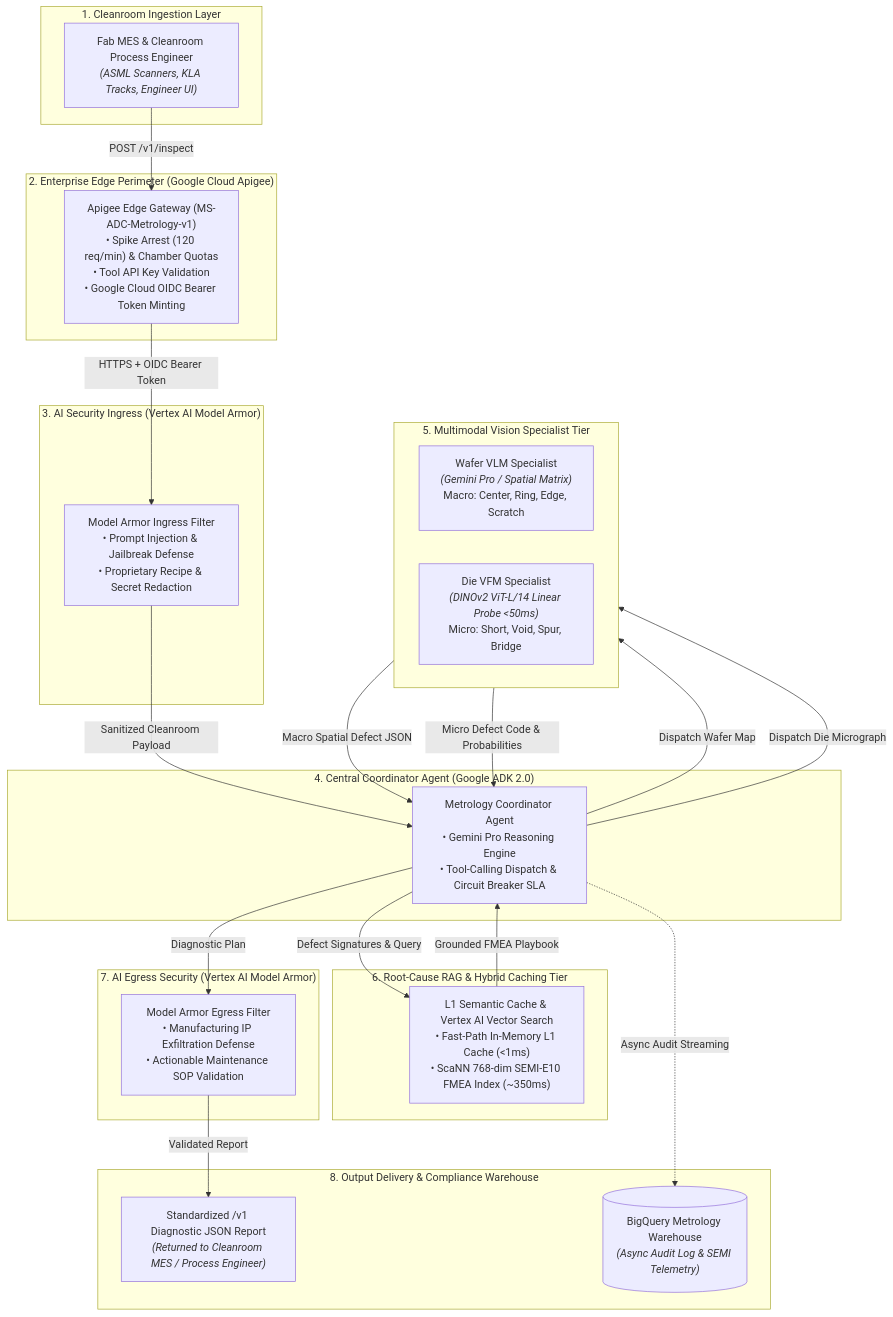
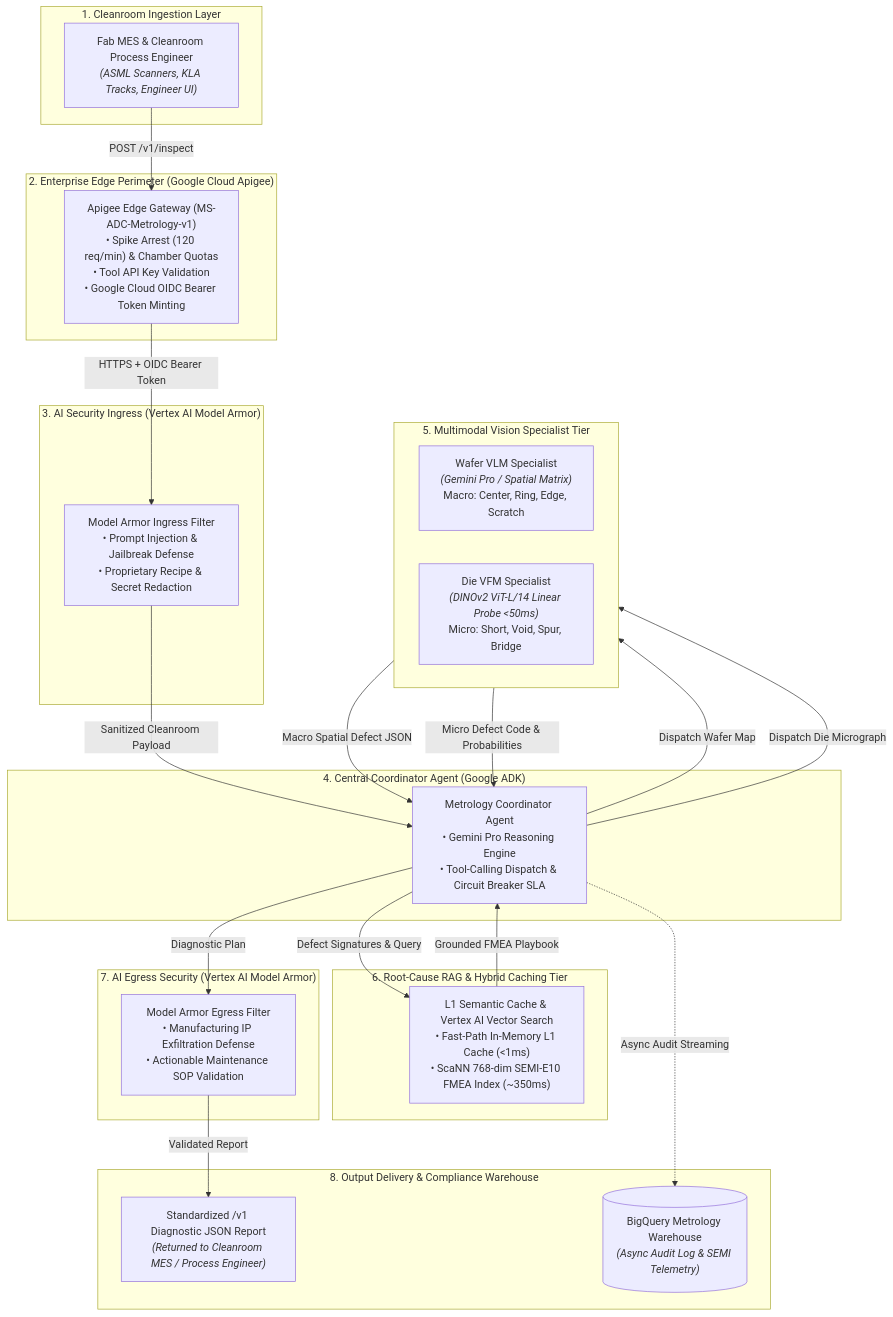
One commit to Ignotus-21/ms-adc changed the first of 2 diagrams in docs/architecture/system_design.md. Above: the diagram before and after it, drawn with Mermaid. The commit also changed 2 other files, not shown here.

Commit message:
docs: standardize references from ADK 2.0 to Google ADK

````diff
--- a/docs/architecture/system_design.md
+++ b/docs/architecture/system_design.md
@@ -14,59 +14,59 @@
 ```mermaid
 graph TD
     %% 1. Ingestion Layer
     subgraph S1 ["1. Cleanroom Ingestion Layer"]
         Client["Fab MES & Cleanroom Process Engineer<br/><i>(ASML Scanners, KLA Tracks, Engineer UI)</i>"]
     end
 
     %% 2. Edge Gateway Layer
     subgraph S2 ["2. Enterprise Edge Perimeter (Google Cloud Apigee)"]
         Apigee["Apigee Edge Gateway (MS-ADC-Metrology-v1)<br/>• Spike Arrest (120 req/min) & Chamber Quotas<br/>• Tool API Key Validation<br/>• Google Cloud OIDC Bearer Token Minting"]
     end
 
     %% 3. Ingress Security Layer
     subgraph S3 ["3. AI Security Ingress (Vertex AI Model Armor)"]
         ModelArmorIn["Model Armor Ingress Filter<br/>• Prompt Injection & Jailbreak Defense<br/>• Proprietary Recipe & Secret Redaction"]
     end
 
     %% 4. Agent Orchestration Layer
-    subgraph S4 ["4. Central Coordinator Agent (Google ADK 2.0)"]
+    subgraph S4 ["4. Central Coordinator Agent (Google ADK)"]
         ADK["Metrology Coordinator Agent<br/>• Gemini Pro Reasoning Engine<br/>• Tool-Calling Dispatch & Circuit Breaker SLA"]
     end
 
     %% 5. Multimodal Vision Layer
     subgraph S5 ["5. Multimodal Vision Specialist Tier"]
         direction LR
         WaferVLM["Wafer VLM Specialist<br/><i>(Gemini Pro / Spatial Matrix)</i><br/>Macro: Center, Ring, Edge, Scratch"]
         DieVFM["Die VFM Specialist<br/><i>(DINOv2 ViT-L/14 Linear Probe &lt;50ms)</i><br/>Micro: Short, Void, Spur, Bridge"]
     end
 
     %% 6. Knowledge & RAG Layer
     subgraph S6 ["6. Root-Cause RAG & Hybrid Caching Tier"]
         RAG["L1 Semantic Cache & Vertex AI Vector Search<br/>• Fast-Path In-Memory L1 Cache (&lt;1ms)<br/>• ScaNN 768-dim SEMI-E10 FMEA Index (~350ms)"]
     end
 
     %% 7. Egress Guardrail Layer
     subgraph S7 ["7. AI Egress Security (Vertex AI Model Armor)"]
         ModelArmorOut["Model Armor Egress Filter<br/>• Manufacturing IP Exfiltration Defense<br/>• Actionable Maintenance SOP Validation"]
     end
 
     %% 8. Presentation & Analytics Layer
     subgraph S8 ["8. Output Delivery & Compliance Warehouse"]
         Output["Standardized /v1 Diagnostic JSON Report<br/><i>(Returned to Cleanroom MES / Process Engineer)</i>"]
         BQ[("BigQuery Metrology Warehouse<br/><i>(Async Audit Log & SEMI Telemetry)</i>")]
     end
 
     %% Straight-Down Linear Pipeline Flow
     Client -->|POST /v1/inspect| Apigee
     Apigee -->|HTTPS + OIDC Bearer Token| ModelArmorIn
     ModelArmorIn -->|Sanitized Cleanroom Payload| ADK
     ADK -->|Dispatch Wafer Map| WaferVLM
     ADK -->|Dispatch Die Micrograph| DieVFM
     WaferVLM -->|Macro Spatial Defect JSON| ADK
     DieVFM -->|Micro Defect Code & Probabilities| ADK
     ADK -->|Defect Signatures & Query| RAG
     RAG -->|Grounded FMEA Playbook| ADK
     ADK -->|Diagnostic Plan| ModelArmorOut
     ModelArmorOut -->|Validated Report| Output
     ADK -.->|Async Audit Streaming| BQ
 ```
````
